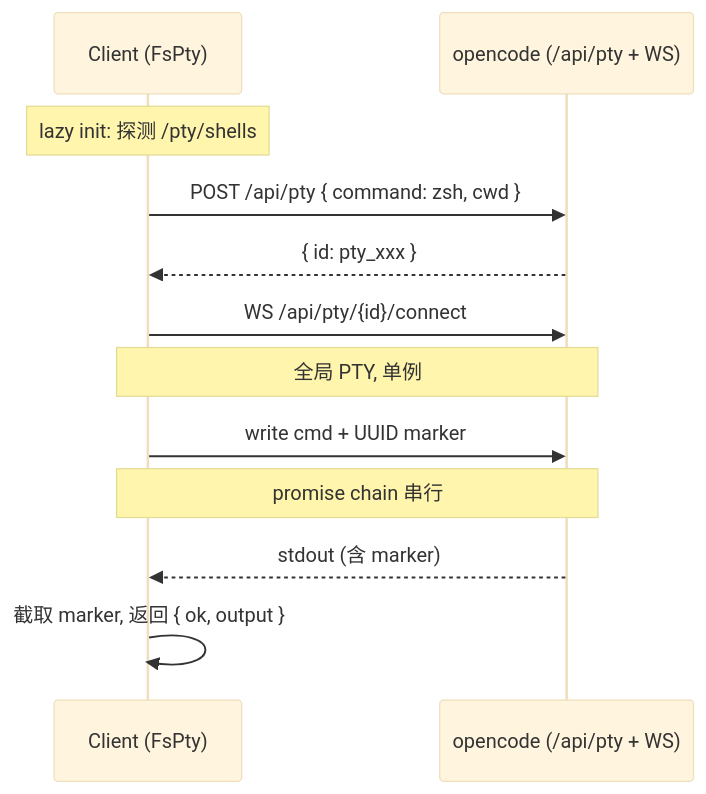
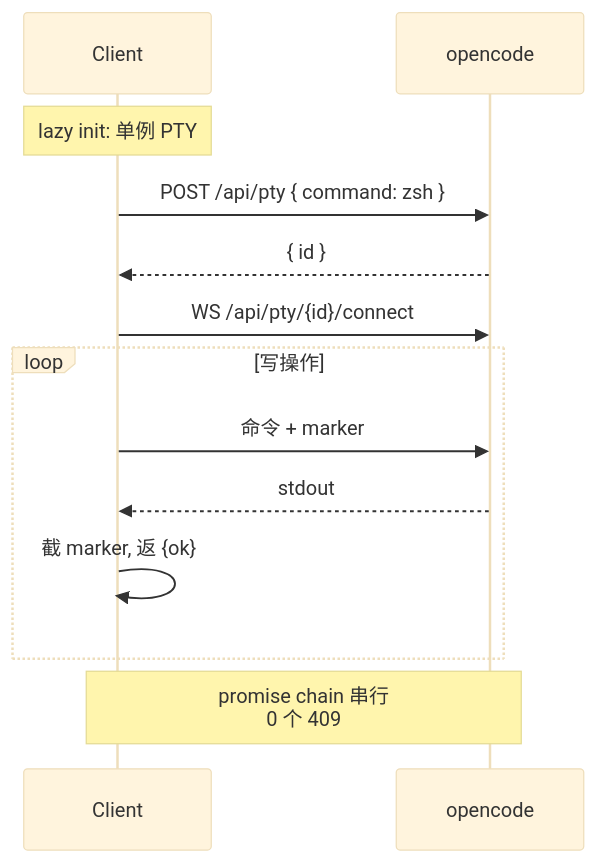
Before and after one commit to weizuxiao911/magicbook: the third of 3 diagrams in README.md, drawn with Mermaid (base theme). The commit also changed other lines of this file and 10 other files, not shown here.

````diff
--- a/README.md
+++ b/README.md
@@ -89,15 +68,15 @@
 ```mermaid
 sequenceDiagram
-    participant C as Client (FsPty)
-    participant O as opencode (/api/pty + WS)
-
-    Note over C: lazy init: 探测 /pty/shells
-    C->>O: POST /api/pty { command: zsh, cwd }
-    O-->>C: { id: pty_xxx }
+    participant C as Client
+    participant O as opencode
+    Note over C: lazy init: 单例 PTY
+    C->>O: POST /api/pty { command: zsh }
+    O-->>C: { id }
     C->>O: WS /api/pty/{id}/connect
-    Note over C,O: 全局 PTY, 单例
-    C->>O: write cmd + UUID marker
-    Note over C,O: promise chain 串行
-    O-->>C: stdout (含 marker)
-    C->>C: 截取 marker, 返回 { ok, output }
+    loop 写操作
+        C->>O: 命令 + marker
+        O-->>C: stdout
+        C->>C: 截 marker, 返 {ok}
+    end
+    Note over C,O: promise chain 串行<br/>0 个 409
 ```
````
